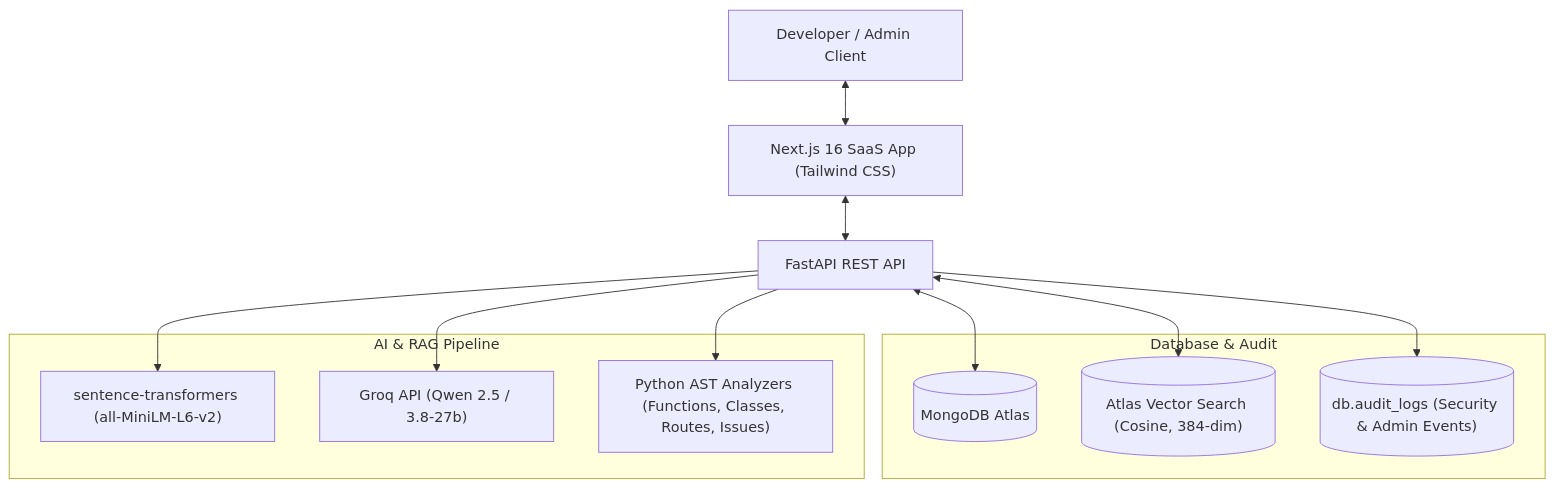
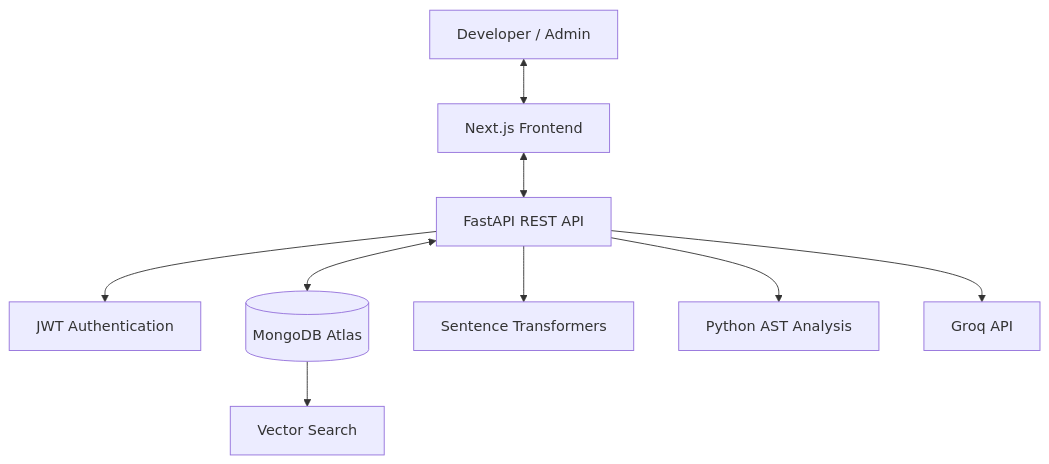
Before and after one commit to AKASH-pro12/AI-Codebase-Assistant: the diagram in readme.md, drawn with Mermaid. The commit also changed other lines of this file, not shown here.

````diff
--- a/readme.md
+++ b/readme.md
@@ -9,24 +60,21 @@
 ```mermaid
 flowchart TD
-    User["Developer / Admin Client"] <--> Frontend["Next.js 16 SaaS App (Tailwind CSS)"]
-    Frontend <--> Backend["FastAPI REST API"]
-    
-    subgraph Storage ["Database & Audit"]
-        MongoDB[("MongoDB Atlas")]
-        VectorIndex[("Atlas Vector Search (Cosine, 384-dim)")]
-        AuditStore[("db.audit_logs (Security & Admin Events)")]
-    end
+    User[Developer / Admin]
+    Frontend[Next.js Frontend]
+    Backend[FastAPI REST API]
+    Auth[JWT Authentication]
+    MongoDB[(MongoDB Atlas)]
+    VectorSearch[Vector Search]
+    Embeddings[Sentence Transformers]
+    AST[Python AST Analysis]
+    LLM[Groq API]
 
-    subgraph AI_Pipeline ["AI & RAG Pipeline"]
-        Embedder["sentence-transformers (all-MiniLM-L6-v2)"]
-        GroqLLM["Groq API (Qwen 2.5 / 3.8-27b)"]
-        ASTParsers["Python AST Analyzers (Functions, Classes, Routes, Issues)"]
-    end
-
+    User <--> Frontend
+    Frontend <--> Backend
+    Backend --> Auth
     Backend <--> MongoDB
-    Backend <--> VectorIndex
-    Backend --> AuditStore
-    Backend --> Embedder
-    Backend --> GroqLLM
-    Backend --> ASTParsers
+    MongoDB --> VectorSearch
+    Backend --> Embeddings
+    Backend --> AST
+    Backend --> LLM
 ```
````
